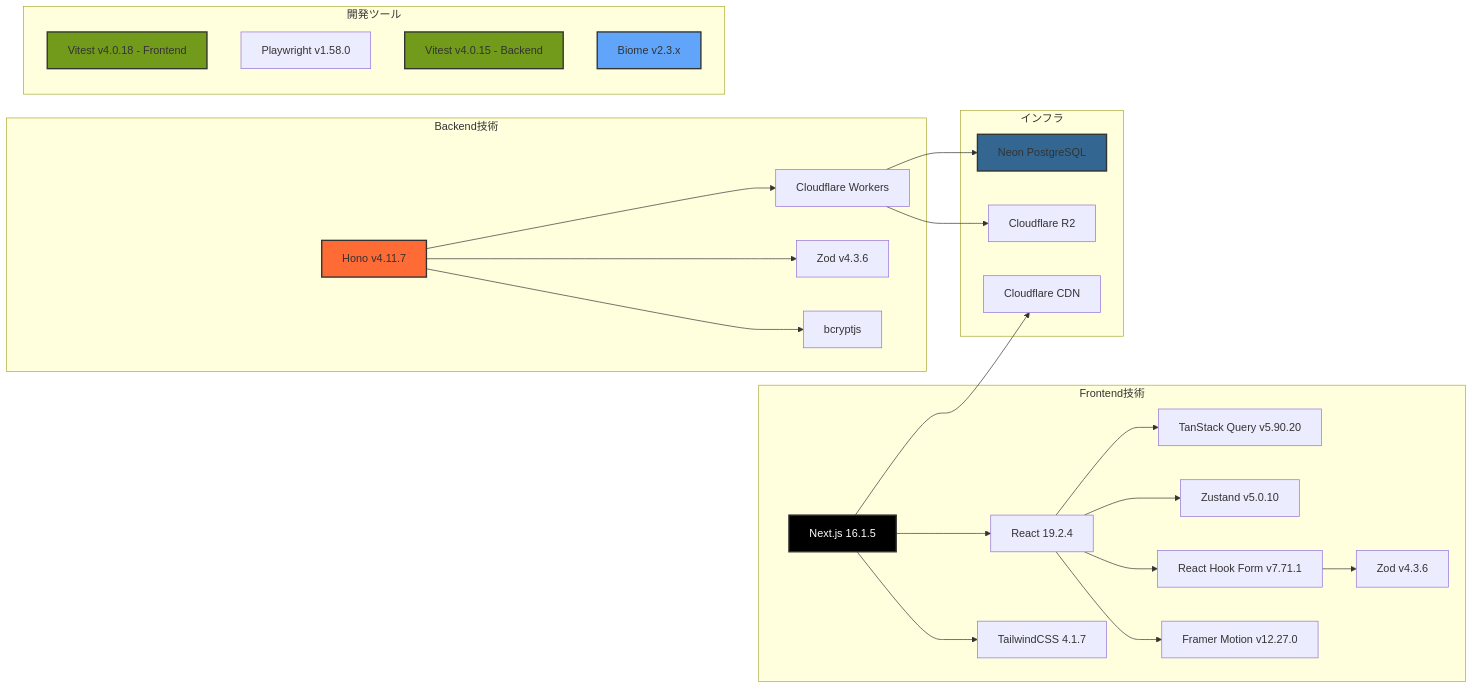
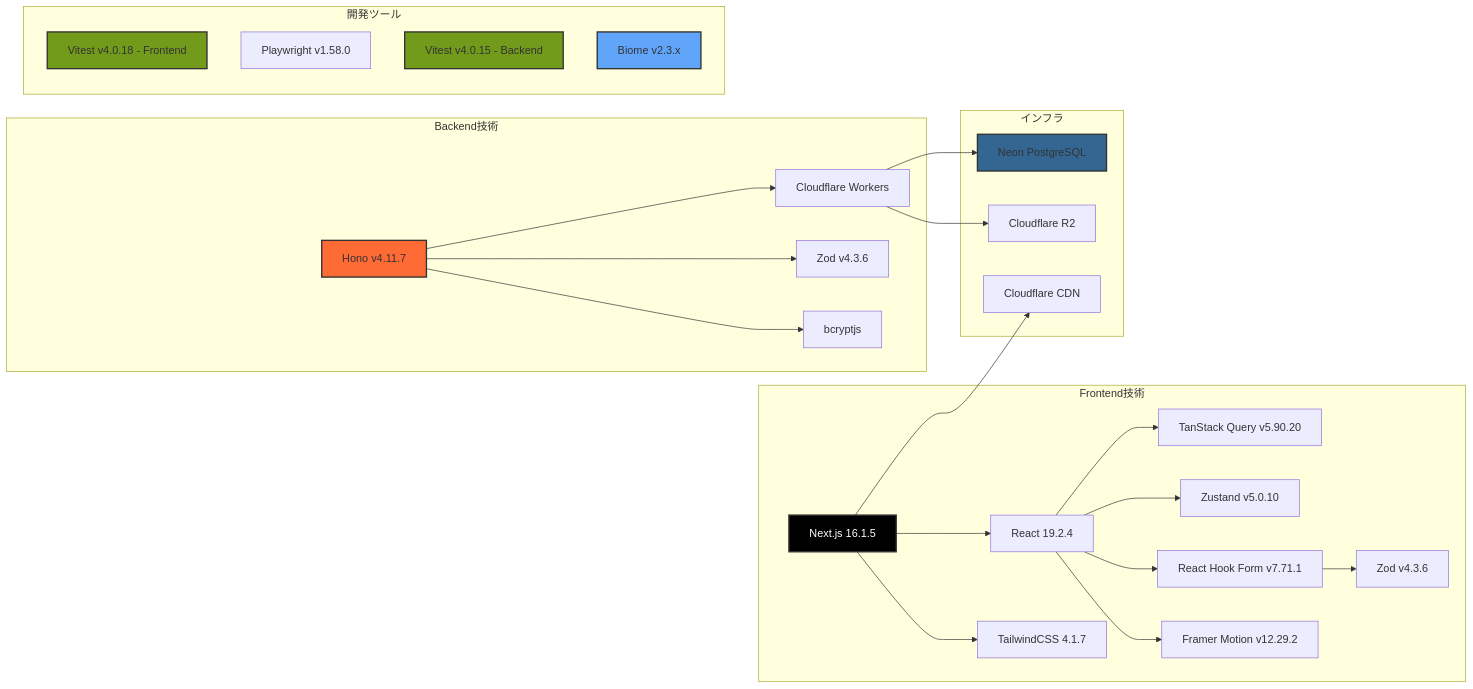
The fourth of 4 diagrams in README.md (ProjectEuropa/Europa), drawn with Mermaid before and after one commit. The commit also changed other lines of this file and 1 other file, not shown here.

Commit message:
docs: READMEとコーディング規約のドキュメントを更新

````diff
--- a/README.md
+++ b/README.md
@@ -165,56 +165,56 @@
 ```mermaid
 graph LR
     subgraph "Frontend技術"
         NextJS[Next.js 16.1.5]
         React[React 19.2.4]
         TailwindCSS[TailwindCSS 4.1.7]
         TanStack[TanStack Query v5.90.20]
         Zustand[Zustand v5.0.10]
         RHF[React Hook Form v7.71.1]
         ZodFE[Zod v4.3.6]
-        Framer[Framer Motion v12.27.0]
+        Framer[Framer Motion v12.29.2]
     end
 
     subgraph "Backend技術"
         Hono[Hono v4.11.7]
         Workers[Cloudflare Workers]
         Zod[Zod v4.3.6]
         Bcrypt[bcryptjs]
     end
 
     subgraph "インフラ"
         Neon[Neon PostgreSQL]
         R2[Cloudflare R2]
         CF[Cloudflare CDN]
     end
 
     subgraph "開発ツール"
         VitestFE[Vitest v4.0.18 - Frontend]
         PlaywrightFE[Playwright v1.58.0]
         VitestBE[Vitest v4.0.15 - Backend]
         Biome[Biome v2.3.x]
     end
 
     NextJS --> React
     NextJS --> TailwindCSS
     React --> TanStack
     React --> Zustand
     React --> RHF
     RHF --> ZodFE
     React --> Framer
 
     Hono --> Workers
     Hono --> Zod
     Hono --> Bcrypt
 
     Workers --> Neon
     Workers --> R2
     NextJS --> CF
 
     style NextJS fill:#000,color:#fff,stroke:#333,stroke-width:2px
     style Hono fill:#ff6b35,stroke:#333,stroke-width:2px
     style Neon fill:#336791,stroke:#333,stroke-width:2px
     style VitestFE fill:#729b1b,stroke:#333,stroke-width:2px
     style VitestBE fill:#729b1b,stroke:#333,stroke-width:2px
     style Biome fill:#60a5fa,stroke:#333,stroke-width:2px
 ```
````
